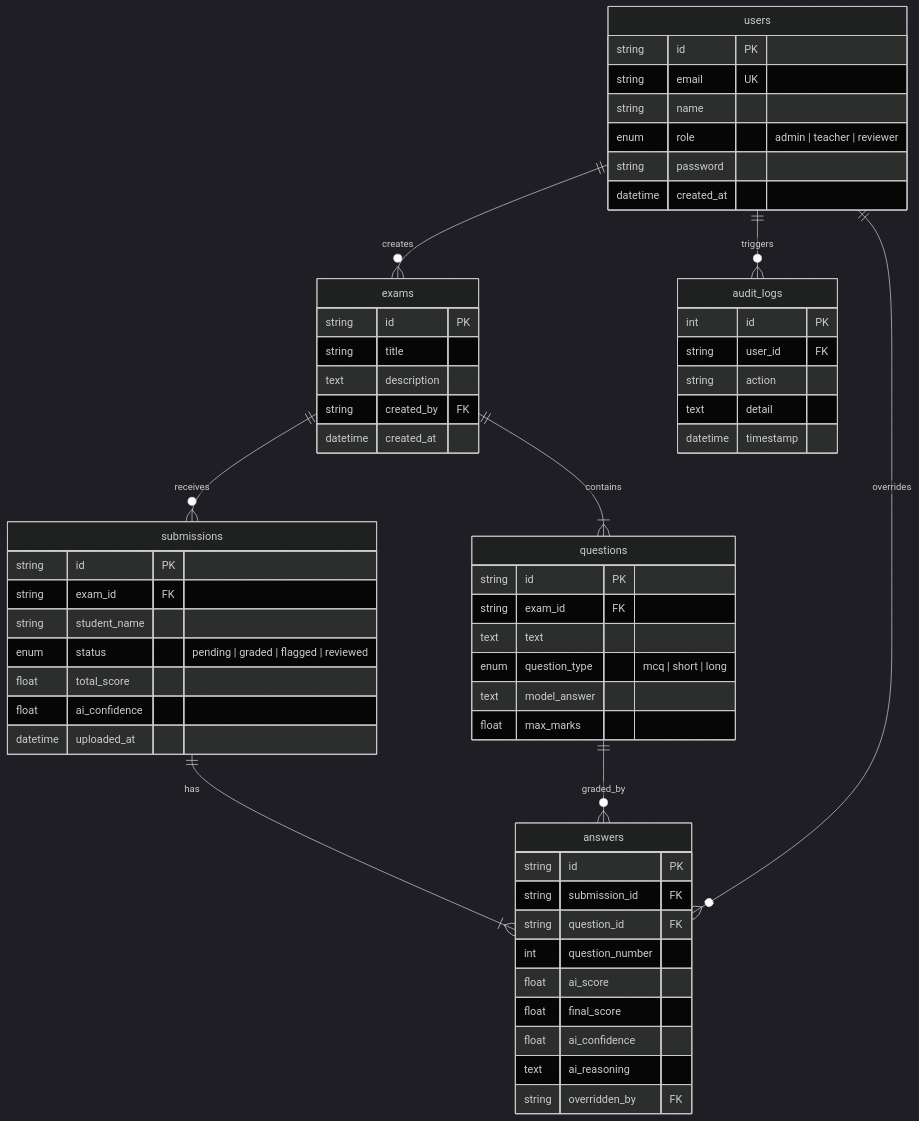
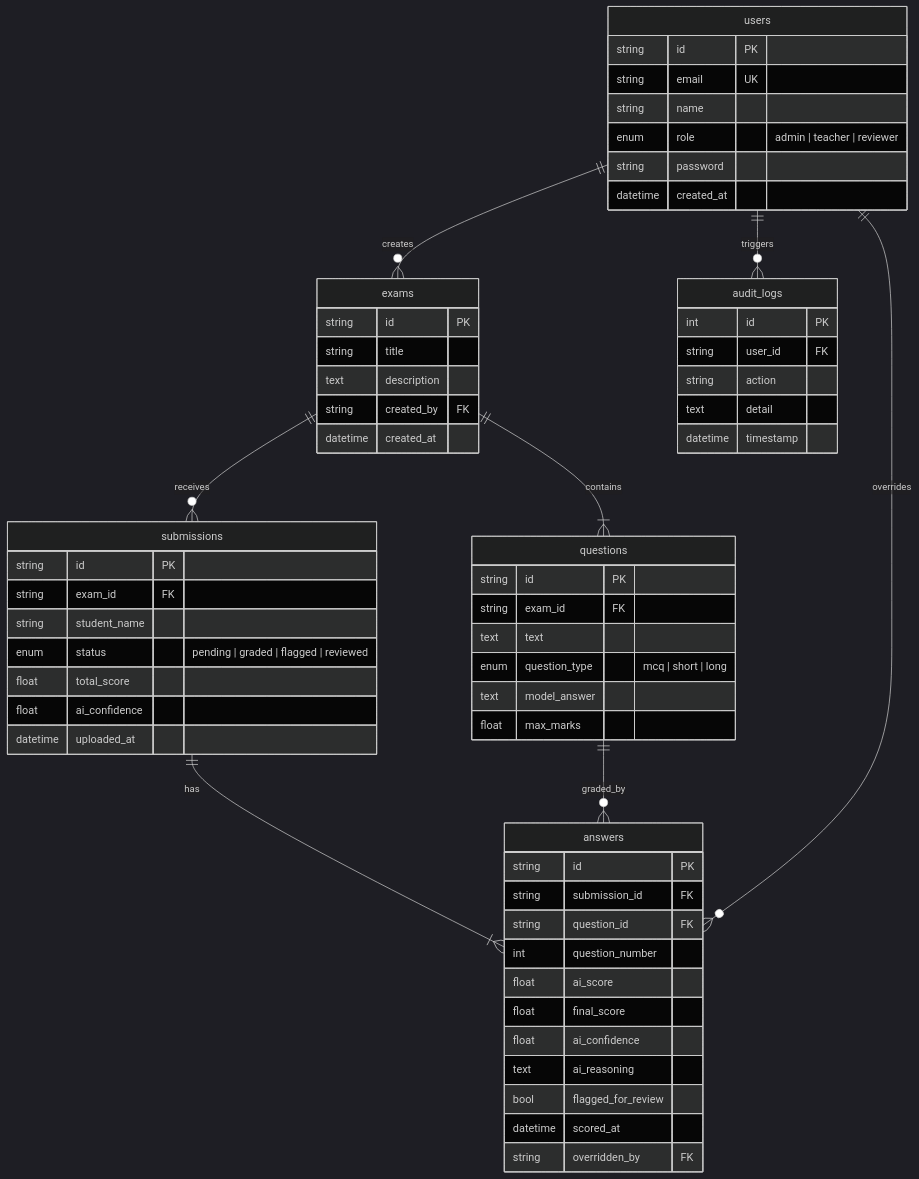
The diagram in README.md (xenon-creator/ScorePilot-AI), drawn with Mermaid (dark theme) before and after one commit. The commit also changed other lines of this file and 10 other files, not shown here.

````diff
--- a/README.md
+++ b/README.md
@@ -297,61 +297,63 @@
 ```mermaid
 erDiagram
     users ||--o{ exams : creates
     users ||--o{ audit_logs : triggers
     exams ||--|{ questions : contains
     exams ||--o{ submissions : receives
     submissions ||--|{ answers : has
     questions ||--o{ answers : graded_by
     users ||--o{ answers : overrides
 
     users {
         string id PK
         string email UK
         string name
         enum role "admin | teacher | reviewer"
         string password
         datetime created_at
     }
     exams {
         string id PK
         string title
         text description
         string created_by FK
         datetime created_at
     }
     questions {
         string id PK
         string exam_id FK
         text text
         enum question_type "mcq | short | long"
         text model_answer
         float max_marks
     }
     submissions {
         string id PK
         string exam_id FK
         string student_name
         enum status "pending | graded | flagged | reviewed"
         float total_score
         float ai_confidence
         datetime uploaded_at
     }
     answers {
         string id PK
         string submission_id FK
         string question_id FK
         int question_number
         float ai_score
         float final_score
         float ai_confidence
         text ai_reasoning
+        bool flagged_for_review
+        datetime scored_at
         string overridden_by FK
     }
     audit_logs {
         int id PK
         string user_id FK
         string action
         text detail
         datetime timestamp
     }
 ```
````
